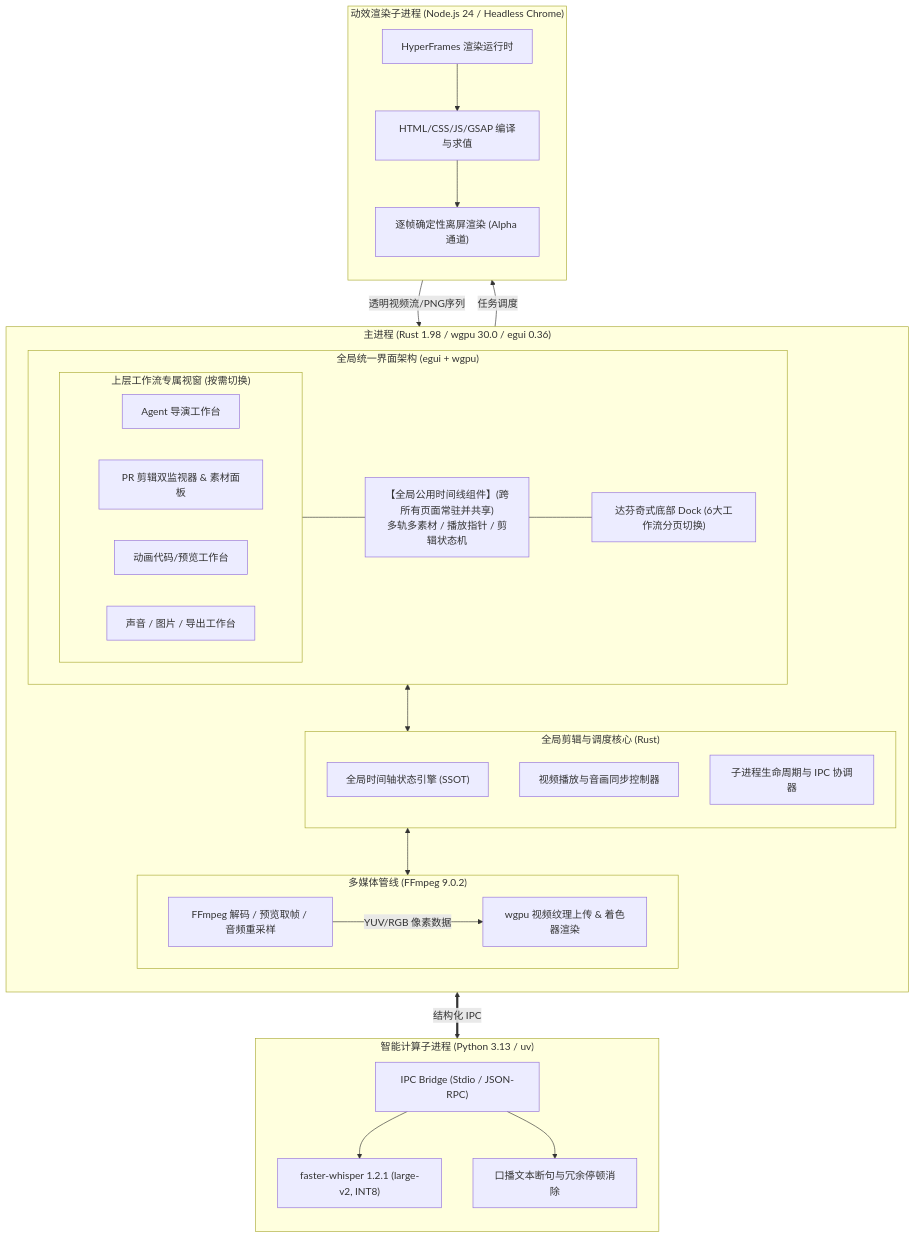
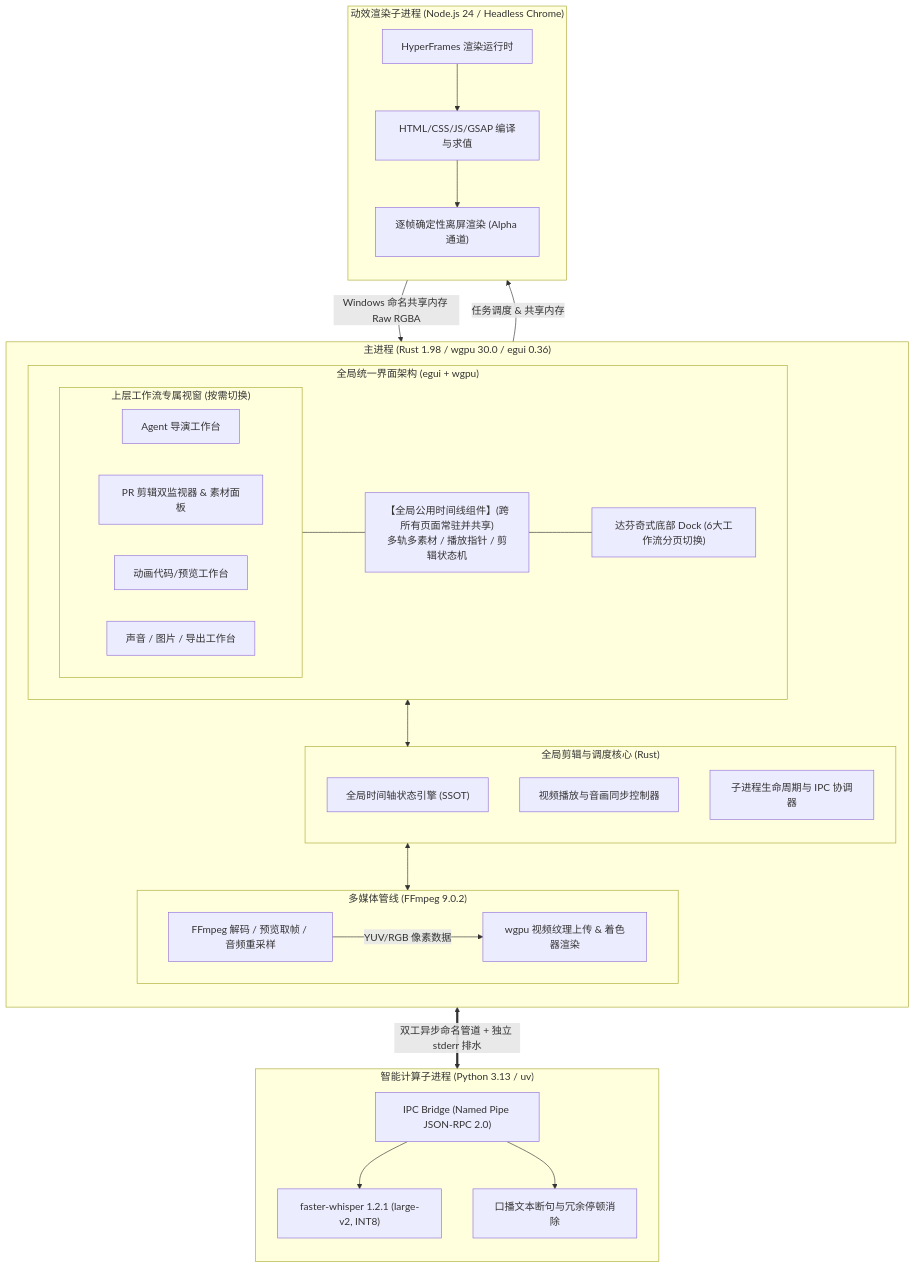
Before and after one commit to qiuku2022/ClipFlow: the diagram in docs/architecture.md, drawn with Mermaid. The commit also changed other lines of this file and 4 other files, not shown here.

````diff
--- a/docs/architecture.md
+++ b/docs/architecture.md
@@ -16,56 +16,56 @@
 ```mermaid
 flowchart TD
     subgraph Host_Process ["主进程 (Rust 1.98 / wgpu 30.0 / egui 0.36)"]
         direction TB
         subgraph Global_UI ["全局统一界面架构 (egui + wgpu)"]
             subgraph Pages_Container ["上层工作流专属视窗 (按需切换)"]
                 AgentUI["Agent 导演工作台"]
                 PR_UpperUI["PR 剪辑双监视器 & 素材面板"]
                 AnimUI["动画代码/预览工作台"]
                 OtherUI["声音 / 图片 / 导出工作台"]
             end
             
             SharedTimelineUI["【全局公用时间线组件】(跨所有页面常驻并共享)\n多轨多素材 / 播放指针 / 剪辑状态机"]
             DockBar["达芬奇式底部 Dock (6大工作流分页切换)"]
             
             Pages_Container --- SharedTimelineUI
             SharedTimelineUI --- DockBar
         end
 
         subgraph Core_Engine ["全局剪辑与调度核心 (Rust)"]
             TimelineEngine["全局时间轴状态引擎 (SSOT)"]
             PlaybackManager["视频播放与音画同步控制器"]
             SubprocessManager["子进程生命周期与 IPC 协调器"]
         end
 
         subgraph Media_Pipeline ["多媒体管线 (FFmpeg 9.0.2)"]
             FFmpegDecode["FFmpeg 解码 / 预览取帧 / 音频重采样"]
             wgpuTexture["wgpu 视频纹理上传 & 着色器渲染"]
             FFmpegDecode -->|YUV/RGB 像素数据| wgpuTexture
         end
 
         Global_UI <--> Core_Engine
         Core_Engine <--> Media_Pipeline
     end
 
     subgraph Python_Worker ["智能计算子进程 (Python 3.13 / uv)"]
         direction TB
-        PyIPC["IPC Bridge (Stdio / JSON-RPC)"]
+        PyIPC["IPC Bridge (Named Pipe JSON-RPC 2.0)"]
         ASR_Engine["faster-whisper 1.2.1 (large-v2, INT8)"]
         SpeechCleaner["口播文本断句与冗余停顿消除"]
         PyIPC --> ASR_Engine
         PyIPC --> SpeechCleaner
     end
 
     subgraph HyperFrames_Worker ["动效渲染子进程 (Node.js 24 / Headless Chrome)"]
         direction TB
         HF_CLI["HyperFrames 渲染运行时"]
         HF_Compiler["HTML/CSS/JS/GSAP 编译与求值"]
         FrameCapture["逐帧确定性离屏渲染 (Alpha 通道)"]
         HF_CLI --> HF_Compiler --> FrameCapture
     end
 
-    SubprocessManager <==>|结构化 IPC| PyIPC
-    SubprocessManager -->|任务调度| HF_CLI
-    FrameCapture -->|透明视频流/PNG序列| Media_Pipeline
+    SubprocessManager <==>|双工异步命名管道 + 独立 stderr 排水| PyIPC
+    SubprocessManager -->|任务调度 & 共享内存| HF_CLI
+    FrameCapture -->|Windows 命名共享内存 Raw RGBA| Media_Pipeline
 ```
````
